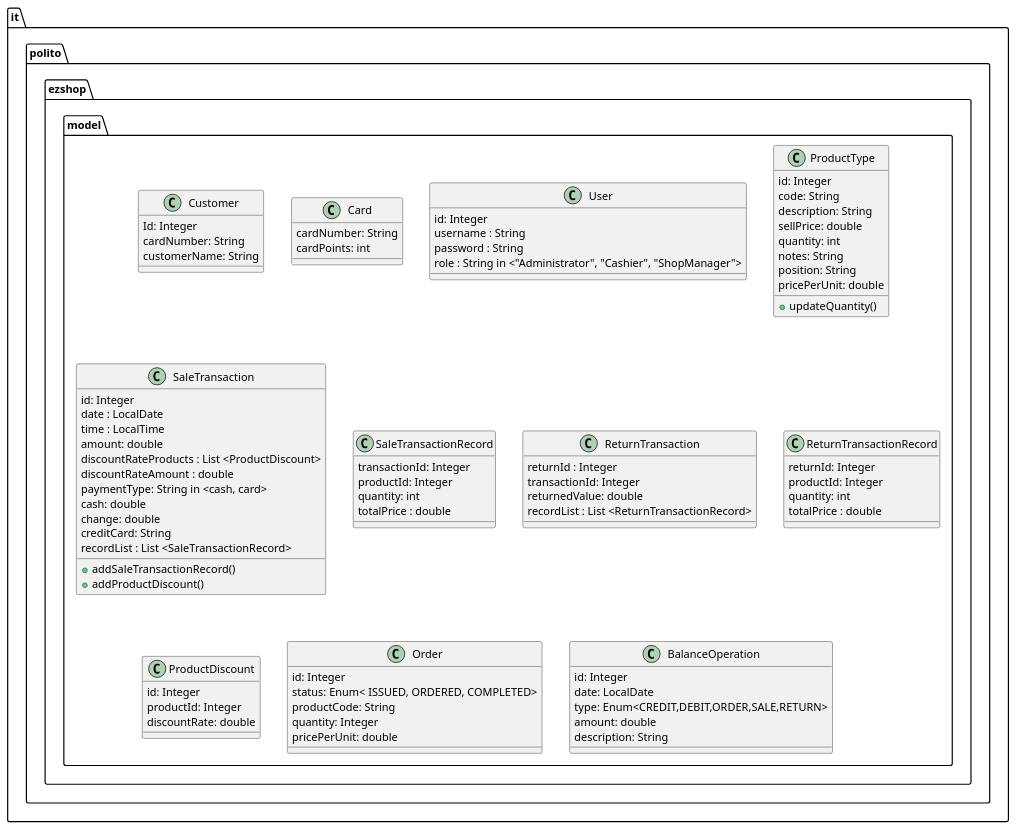
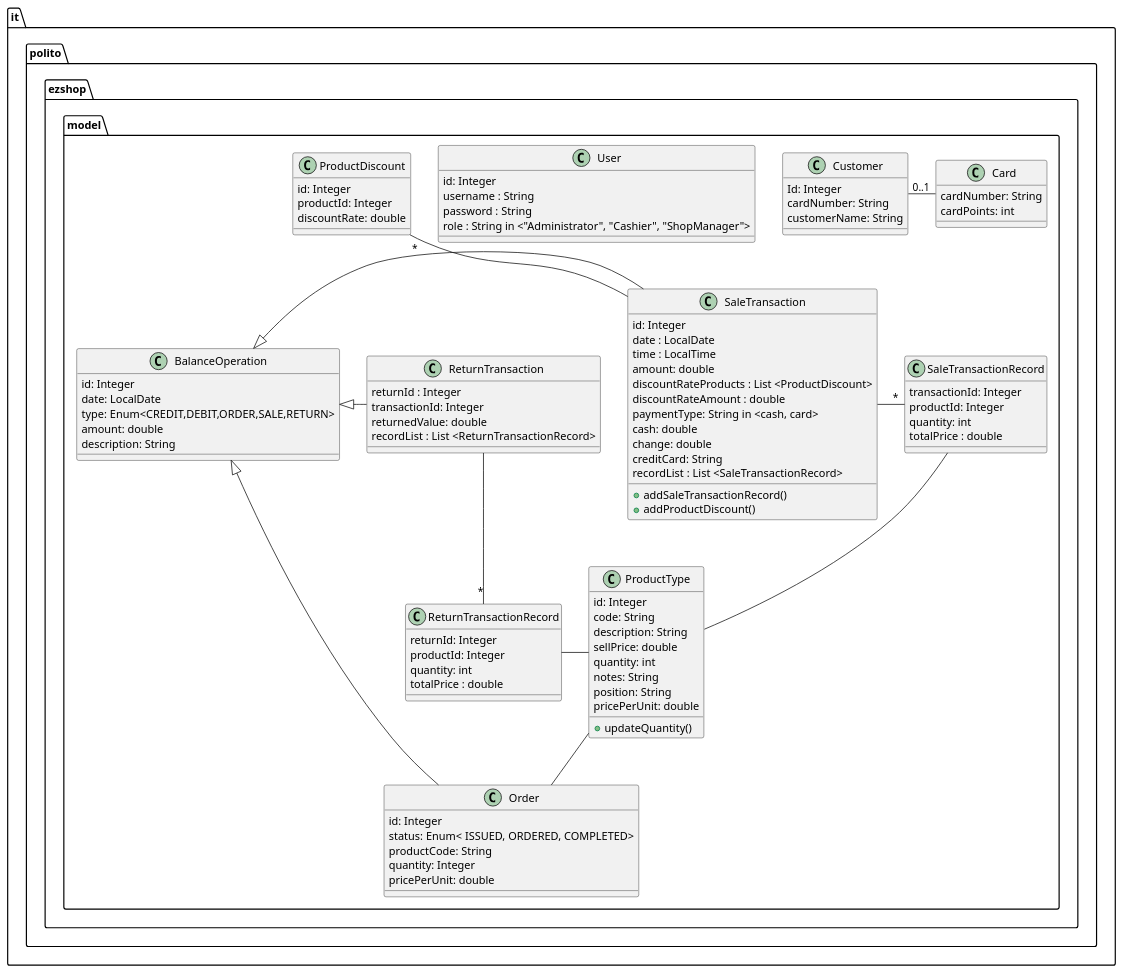
The third of 30 diagrams in Deliverables/DesignDocument.md (paocela/EzShop), drawn with PlantUML before and after one commit.

Commit message:
Represented relationships into class diagram

````diff
--- a/Deliverables/DesignDocument.md
+++ b/Deliverables/DesignDocument.md
@@ -245,4 +245,17 @@
     }
 }
 
+SaleTransaction - "*" SaleTransactionRecord
+ReturnTransaction - "*" ReturnTransactionRecord
+ProductDiscount "*" -- SaleTransaction 
+SaleTransactionRecord -- ProductType
+ReturnTransactionRecord - ProductType
+
+Customer - "0..1" Card
+ProductType -- Order
+
+BalanceOperation ^- SaleTransaction
+BalanceOperation ^- ReturnTransaction
+BalanceOperation ^- Order
+
 ```
````
